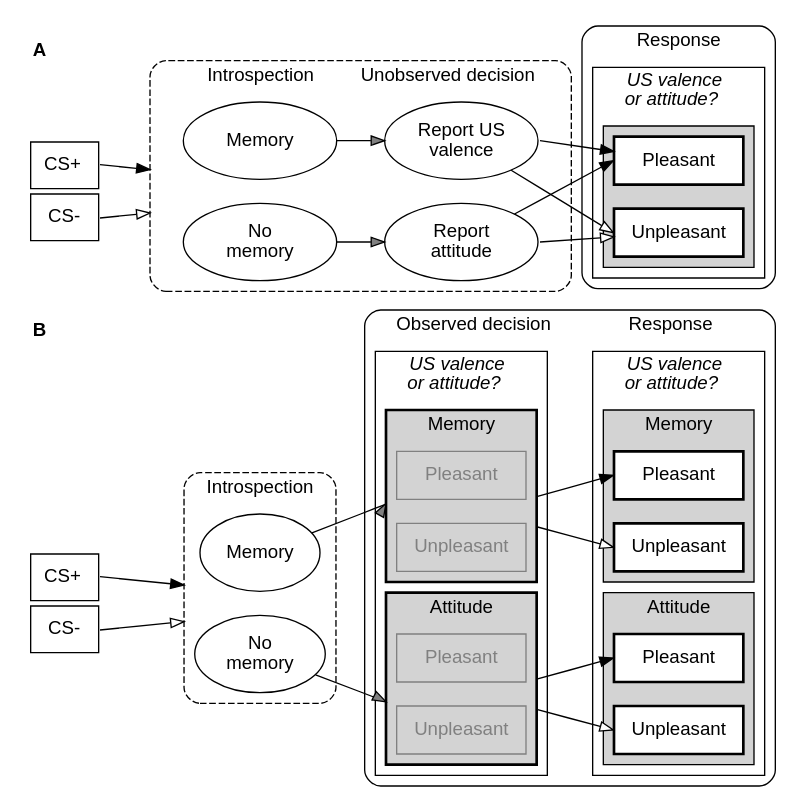
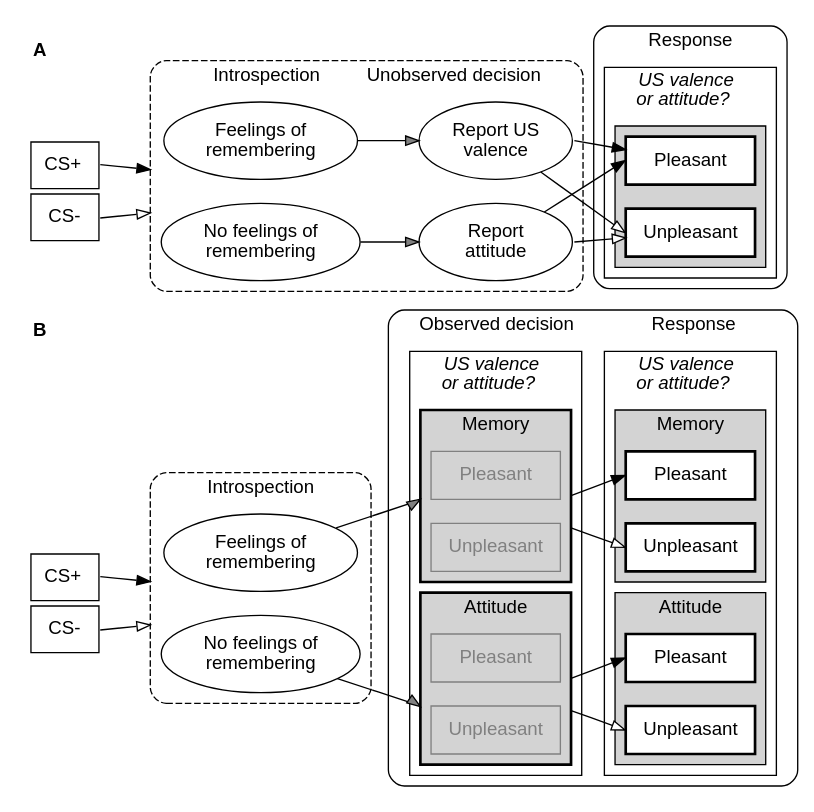
One commit to methexp/modPD changed the diagram in fig/modpd.dot. Above: the diagram before and after it, drawn with Graphviz. The commit also changed 4 other files, not shown here.

```diff
--- a/fig/modpd.dot
+++ b/fig/modpd.dot
@@ -1,184 +1,184 @@
 digraph {
   graph [
     rankdir = LR
     , fontname = Helvetica
     , compound = true
     , splines = false
   ]
 
   # CS
   node [shape = plaintext, fontname = Helvetica, fontsize = 14]
   cs2 [label = <<TABLE BORDER="0" CELLBORDER="1" CELLSPACING="4"  CELLPADDING="9"><TR><TD PORT="pos">CS+</TD></TR><TR><TD PORT="neg">CS-</TD></TR></TABLE>>, margin = 0.1]
   cs1 [label = <<TABLE BORDER="0" CELLBORDER="1" CELLSPACING="4"  CELLPADDING="9"><TR><TD PORT="pos">CS+</TD></TR><TR><TD PORT="neg">CS-</TD></TR></TABLE>>, margin = 0.1]
 
   A [label = <<B>A        </B><BR /><BR /><BR />>]
 
   # Original procedue
   subgraph cluster_0 {
     labeljust = "c";
     style = "rounded, dashed";
     label = "     Introspection         Unobserved decision";
     fontsize = 14;
     
     node [shape = oval, fontname = Helvetica, style = filled, fillcolor = white, height = 0.8, width = 1.6]
-    memory11 [label = "Memory"]
-    memory12 [label = "No\nmemory"]
+    memory11 [label = "Feelings of\nremembering"]
+    memory12 [label = "No feelings of\nremembering"]
     
     direct [label = "Report US\nvalence"]
     reverse [label = "Report\nattitude"]
 
     {rank = same; direct; reverse}
   }
 
   subgraph cluster_1 {
     labeljust = "c";
     style = "rounded";
     # color = white;
     label = "Response";
     fontsize = 14;
 
     subgraph cluster_c {
         labeljust = "c";
         style = "";
         color = black;
         fillcolor = lightgrey;
         label = <<I>US valence<BR />or attitude?</I>>;
         fontsize = 14;
     
         subgraph cluster_11 {
             labeljust = "c";
             style = "filled";
             color = black;
             fillcolor = lightgrey;
             label = "";
             fontsize = 14;
             
             
             node [shape = box, fontname = Helvetica, style = "bold,filled", fillcolor = white, width = 1.35, height = 0.5]
             pleasant [label = "Pleasant"]
             unpleasant [label = "Unpleasant"]
         }
     }
   }
 
   B [label = <<BR /><BR /><B>B        </B>>]
   cs1 -> B [color = white]
 
   {rank = same; A, B, cs1, cs2}
 
   # Modified procedue
   subgraph cluster_2 {
     labeljust = "c";
     style = "rounded, dashed";
     label = "Introspection";
     fontsize = 14;
     
     node [shape = oval, fontname = Helvetica, style = filled, fillcolor = white, height = 0.8, width = 1.25]
-    memory21 [label = "Memory"]
-    memory22 [label = "No\nmemory"]
+    memory21 [label = "Feelings of\nremembering"]
+    memory22 [label = "No feelings of\nremembering"]
   }
 
   subgraph cluster_3 {
     labeljust = "c";
     style = "rounded";
     # color = white;
     label = "Observed decision               Response      ";
     fontsize = 14;
 
     subgraph cluster_y {
         labeljust = "c";
         style = "";
         color = black;
         fillcolor = lightgrey;
         label = <<I>US valence<BR />or attitude?</I>>;
         fontsize = 14;
 
         subgraph cluster_31 {
             labeljust = "c";
             style = "bold,filled";
             color = black;
             fillcolor = lightgrey;
             label = "Memory";
             fontsize = 14;
             
             
             node [shape = box, fontname = Helvetica, style = filled, fillcolor = lightgrey, width = 1.35, height = 0.5, color = "#808080"]
             pleasant21 [label = "Pleasant", fontcolor = "#808080"]
             unpleasant21 [label = "Unpleasant", fontcolor = "#808080"]
         }
 
         subgraph cluster_32 {
             labeljust = "c";
             style = "bold,filled";
             color = black;
             fillcolor = lightgrey;
             label = "Attitude";
             fontsize = 14;
             
             
             node [shape = box, fontname = Helvetica, style = filled, fillcolor = lightgrey, width = 1.35, height = 0.5, color = "#808080"]
             pleasant22 [label = "Pleasant", fontcolor = "#808080"]
             unpleasant22 [label = "Unpleasant", fontcolor = "#808080"]
         }
     }
 
 
     subgraph cluster_b {
         labeljust = "c";
         style = "";
         color = black;
         fillcolor = lightgrey;
         label = <<I>US valence<BR />or attitude?</I>>;
         fontsize = 14;
 
         subgraph cluster_41 {
             labeljust = "c";
             style = "filled";
             fillcolor = lightgrey;
             label = "Memory";
             fontsize = 14;
             
             
             node [shape = box, fontname = Helvetica, style = "bold,filled", fillcolor = white, width = 1.35, height = 0.5]
             pleasant31 [label = "Pleasant"]
             unpleasant31 [label = "Unpleasant"]
         }
 
         subgraph cluster_42 {
             labeljust = "c";
             style = "filled";
             fillcolor = lightgrey;
             label = "Attitude";
             fontsize = 14;
             
             
             node [shape = box, fontname = Helvetica, style = "bold,filled", fillcolor = white, width = 1.35, height = 0.5]
             pleasant32 [label = "Pleasant"]
             unpleasant32 [label = "Unpleasant"]
         }
     }
   }
 
 
   # Edges
   edge [arrowhead = "normal", fontname = Helvetica]
   cs1:pos -> memory11:s [lhead = cluster_0]
   cs1:neg -> memory12:n [lhead = cluster_0, fillcolor = "white"]
   memory11 -> direct [fillcolor = "grey"]
   memory12 -> reverse [fillcolor = "grey"]
   
   direct:e -> pleasant
   reverse:e -> unpleasant [fillcolor = "white"]
   direct -> unpleasant:w [fillcolor = "white"]
   reverse -> pleasant:w
   
   cs2:pos -> memory21:s [lhead = cluster_2]
   cs2:neg -> memory22:n [lhead = cluster_2, fillcolor = "white"]
   memory21 -> pleasant21 [lhead = cluster_31, fillcolor = "grey"]
   memory22 -> unpleasant22 [lhead = cluster_32, fillcolor = "grey"]
 
   pleasant21:se -> pleasant31:w [ltail = cluster_31]
   unpleasant21:ne -> unpleasant31:w [ltail = cluster_31, fillcolor = "white"]
   pleasant22:se -> pleasant32:w [ltail = cluster_32]
   unpleasant22:ne -> unpleasant32:w [ltail = cluster_32, fillcolor = "white"]
 }
```
